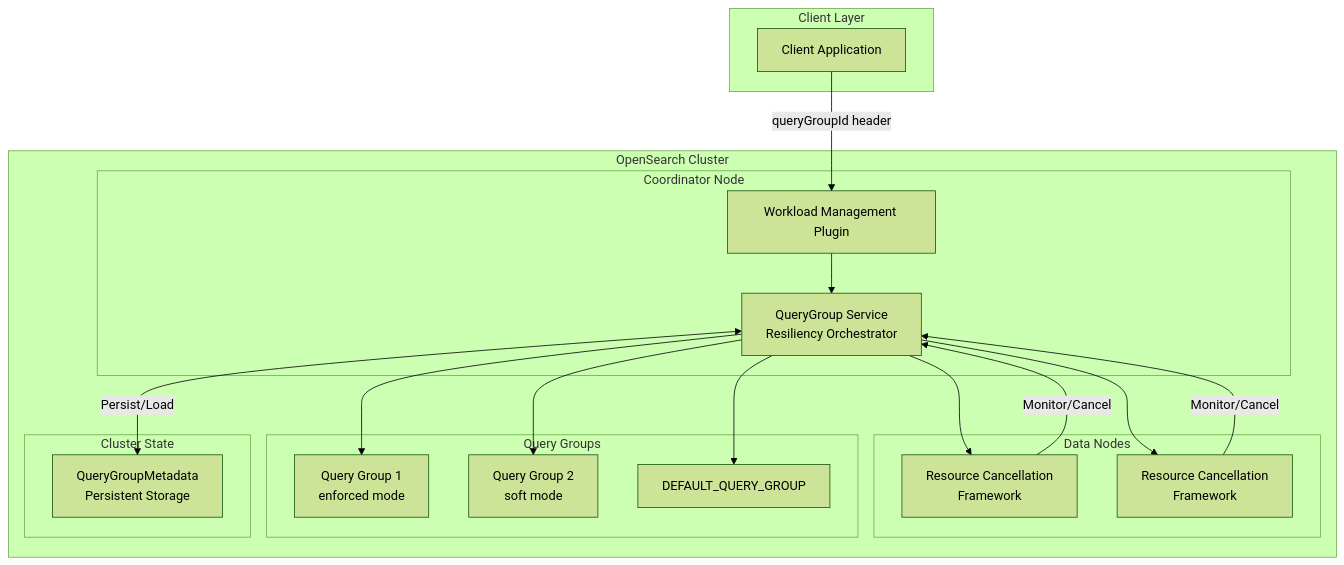
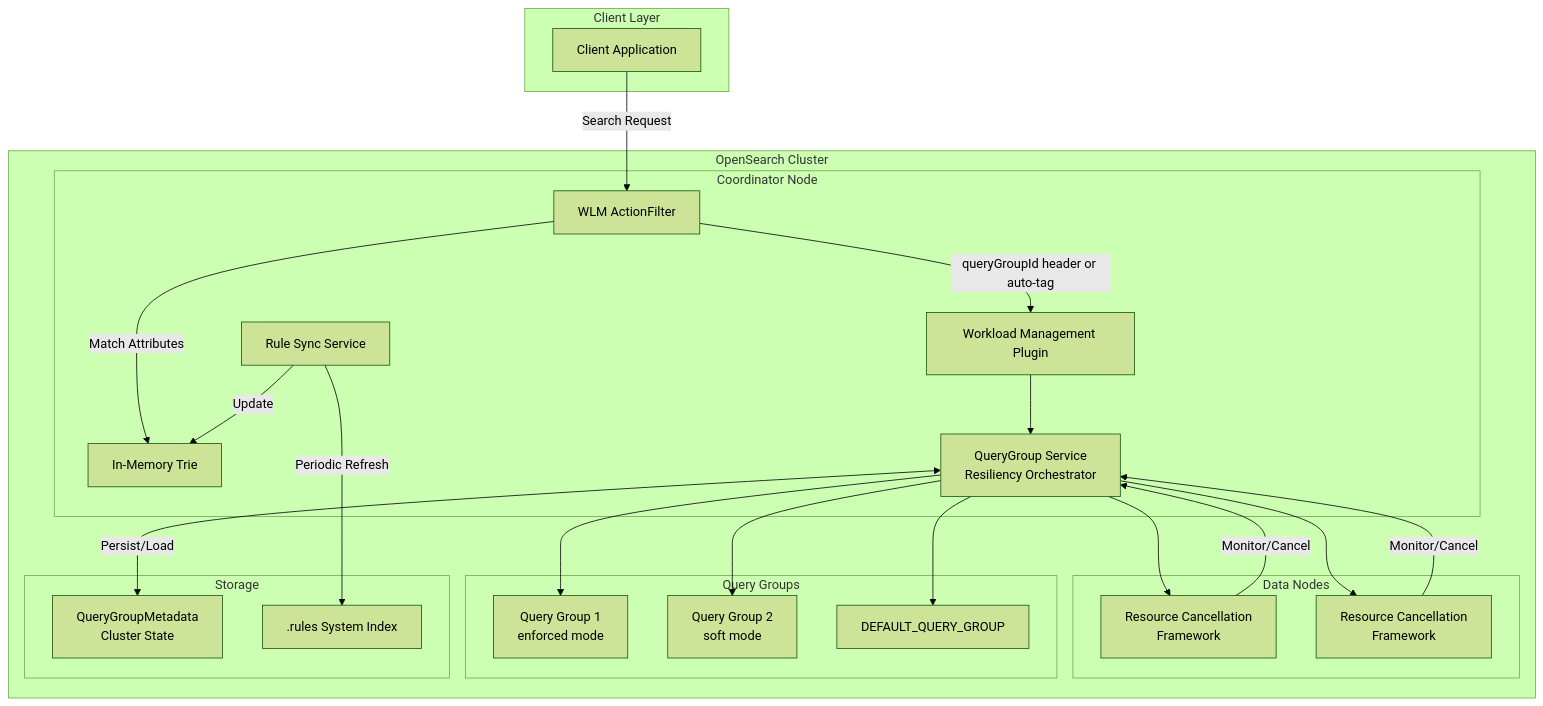
The first of 2 diagrams in docs/features/opensearch/workload-management.md (tkykenmt/opensearch-feature-explorer), drawn with Mermaid (forest theme) before and after one commit. The commit also changed other lines of this file and 2 other files, not shown here.

Commit message:
docs: add rule-based auto-tagging report for v3.1.0 (#960)

````diff
--- a/docs/features/opensearch/workload-management.md
+++ b/docs/features/opensearch/workload-management.md
@@ -11,39 +11,47 @@
 ```mermaid
 graph TB
     subgraph "Client Layer"
         CLIENT[Client Application]
     end
     
     subgraph "OpenSearch Cluster"
         subgraph "Coordinator Node"
             WLM[Workload Management Plugin]
+            AF[WLM ActionFilter]
+            RS[Rule Sync Service]
+            TRIE[In-Memory Trie]
             QGS[QueryGroup Service<br/>Resiliency Orchestrator]
         end
         
         subgraph "Data Nodes"
             RC1[Resource Cancellation<br/>Framework]
             RC2[Resource Cancellation<br/>Framework]
         end
         
         subgraph "Query Groups"
             QG1[Query Group 1<br/>enforced mode]
             QG2[Query Group 2<br/>soft mode]
             DEFAULT[DEFAULT_QUERY_GROUP]
         end
         
-        subgraph "Cluster State"
-            META[QueryGroupMetadata<br/>Persistent Storage]
+        subgraph "Storage"
+            META[QueryGroupMetadata<br/>Cluster State]
+            RULES[.rules System Index]
         end
     end
     
-    CLIENT -->|queryGroupId header| WLM
+    CLIENT -->|Search Request| AF
+    AF -->|Match Attributes| TRIE
+    AF -->|queryGroupId header or auto-tag| WLM
     WLM --> QGS
     QGS --> QG1
     QGS --> QG2
     QGS --> DEFAULT
     QGS --> RC1
     QGS --> RC2
     RC1 -->|Monitor/Cancel| QGS
     RC2 -->|Monitor/Cancel| QGS
     QGS <-->|Persist/Load| META
+    RS -->|Periodic Refresh| RULES
+    RS -->|Update| TRIE
 ```
````
